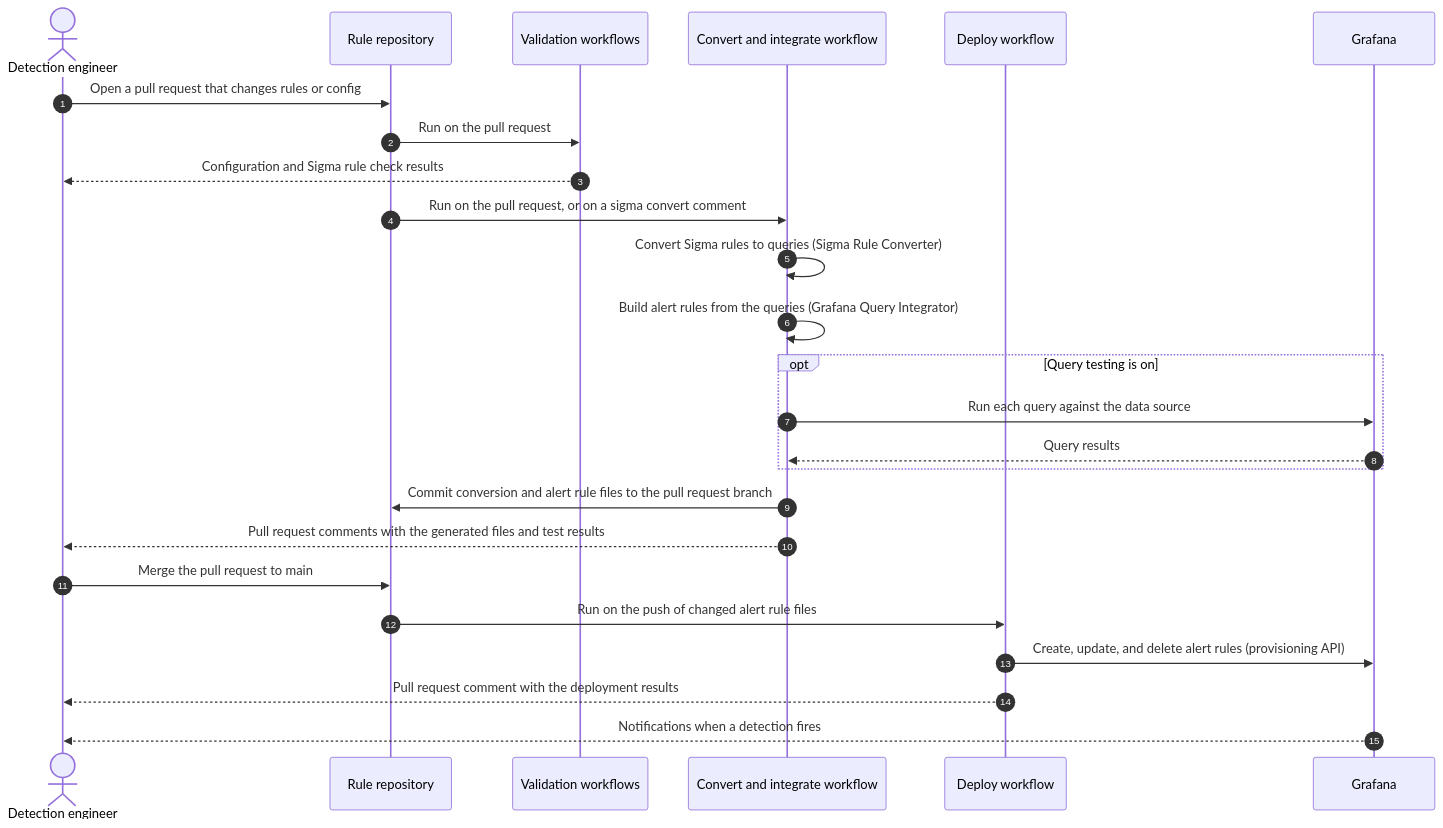
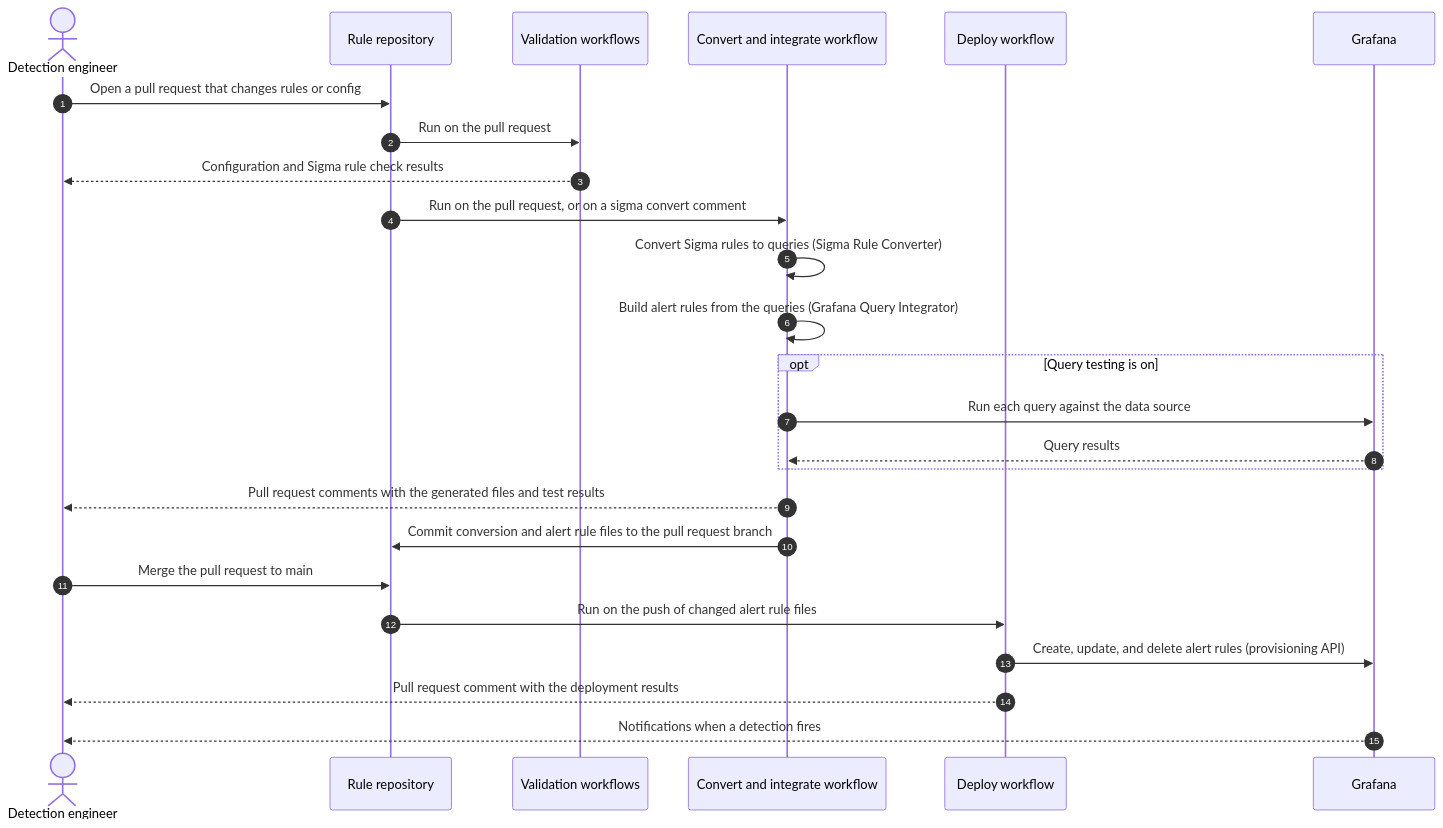
The second of 2 diagrams in docs/concepts/how-it-works.md (grafana/sigma-rule-deployment), drawn with Mermaid before and after one commit. The commit also changed other lines of this file and 17 other files, not shown here.

````diff
--- a/docs/concepts/how-it-works.md
+++ b/docs/concepts/how-it-works.md
@@ -64,28 +64,28 @@
 ```mermaid
 sequenceDiagram
     autonumber
     actor Dev as Detection engineer
     participant Repo as Rule repository
     participant Validate as Validation workflows
     participant CI as Convert and integrate workflow
     participant Deploy as Deploy workflow
     participant Grafana
 
     Dev->>Repo: Open a pull request that changes rules or config
     Repo->>Validate: Run on the pull request
     Validate-->>Dev: Configuration and Sigma rule check results
     Repo->>CI: Run on the pull request, or on a sigma convert comment
     CI->>CI: Convert Sigma rules to queries (Sigma Rule Converter)
     CI->>CI: Build alert rules from the queries (Grafana Query Integrator)
     opt Query testing is on
         CI->>Grafana: Run each query against the data source
         Grafana-->>CI: Query results
     end
+    CI-->>Dev: Pull request comments with the generated files and test results
     CI->>Repo: Commit conversion and alert rule files to the pull request branch
-    CI-->>Dev: Pull request comments with the generated files and test results
     Dev->>Repo: Merge the pull request to main
     Repo->>Deploy: Run on the push of changed alert rule files
     Deploy->>Grafana: Create, update, and delete alert rules (provisioning API)
     Deploy-->>Dev: Pull request comment with the deployment results
     Grafana-->>Dev: Notifications when a detection fires
 ```
````
